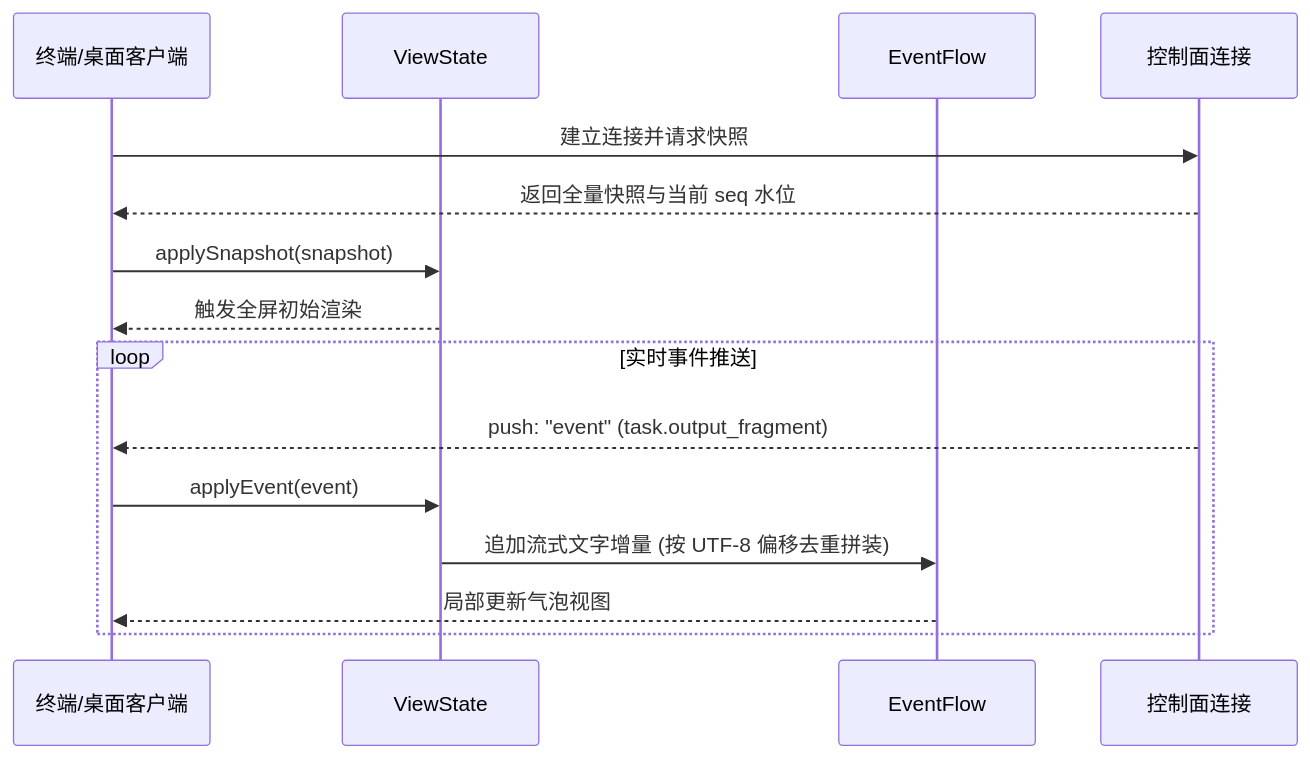
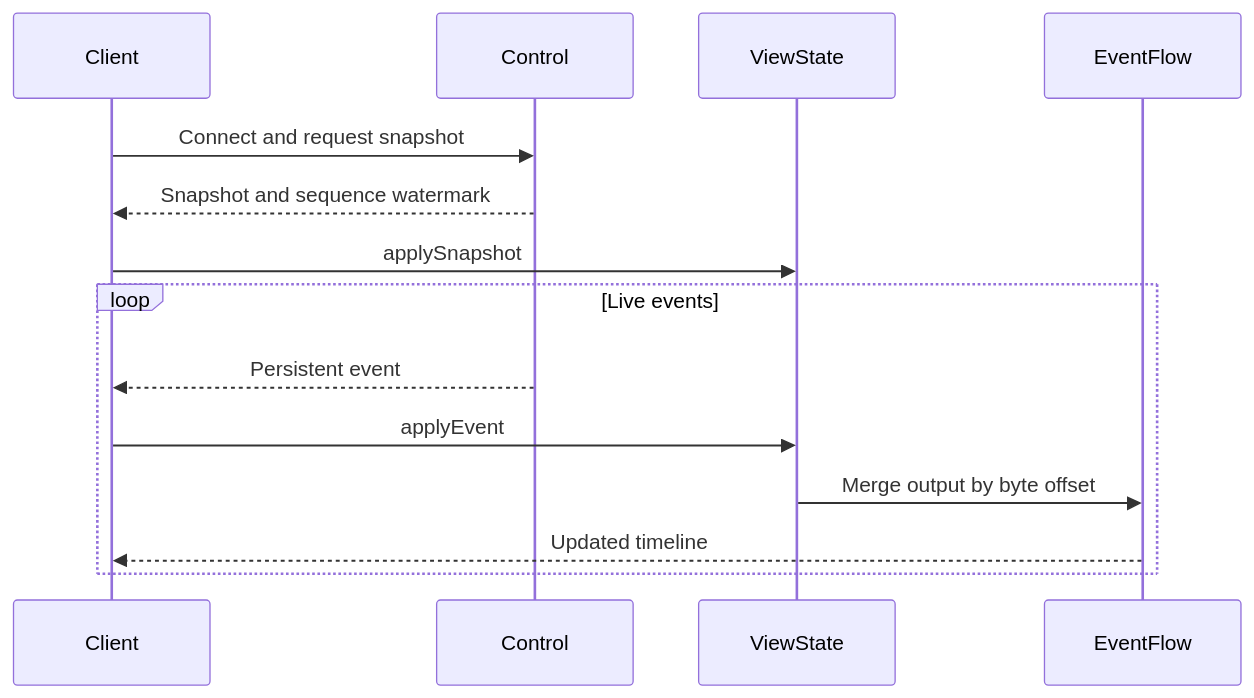
The diagram in docs/modules/view.md (num-lab/Ruukoto), drawn with Mermaid before and after one commit. The commit also changed other lines of this file and 3987 other files, not shown here.

````diff
--- a/docs/modules/view.md
+++ b/docs/modules/view.md
@@ -53,18 +35,16 @@
 ```mermaid
 sequenceDiagram
-  participant Client as 终端/桌面客户端
+  participant Client
+  participant Control
   participant View as ViewState
   participant Flow as EventFlow
-  participant Control as 控制面连接
-
-  Client->>Control: 建立连接并请求快照
-  Control-->>Client: 返回全量快照与当前 seq 水位
-  Client->>View: applySnapshot(snapshot)
-  View-->>Client: 触发全屏初始渲染
-  loop 实时事件推送
-    Control-->>Client: push: "event" (task.output_fragment)
-    Client->>View: applyEvent(event)
-    View->>Flow: 追加流式文字增量 (按 UTF-8 偏移去重拼装)
-    Flow-->>Client: 局部更新气泡视图
+  Client->>Control: Connect and request snapshot
+  Control-->>Client: Snapshot and sequence watermark
+  Client->>View: applySnapshot
+  loop Live events
+    Control-->>Client: Persistent event
+    Client->>View: applyEvent
+    View->>Flow: Merge output by byte offset
+    Flow-->>Client: Updated timeline
   end
 ```
````
